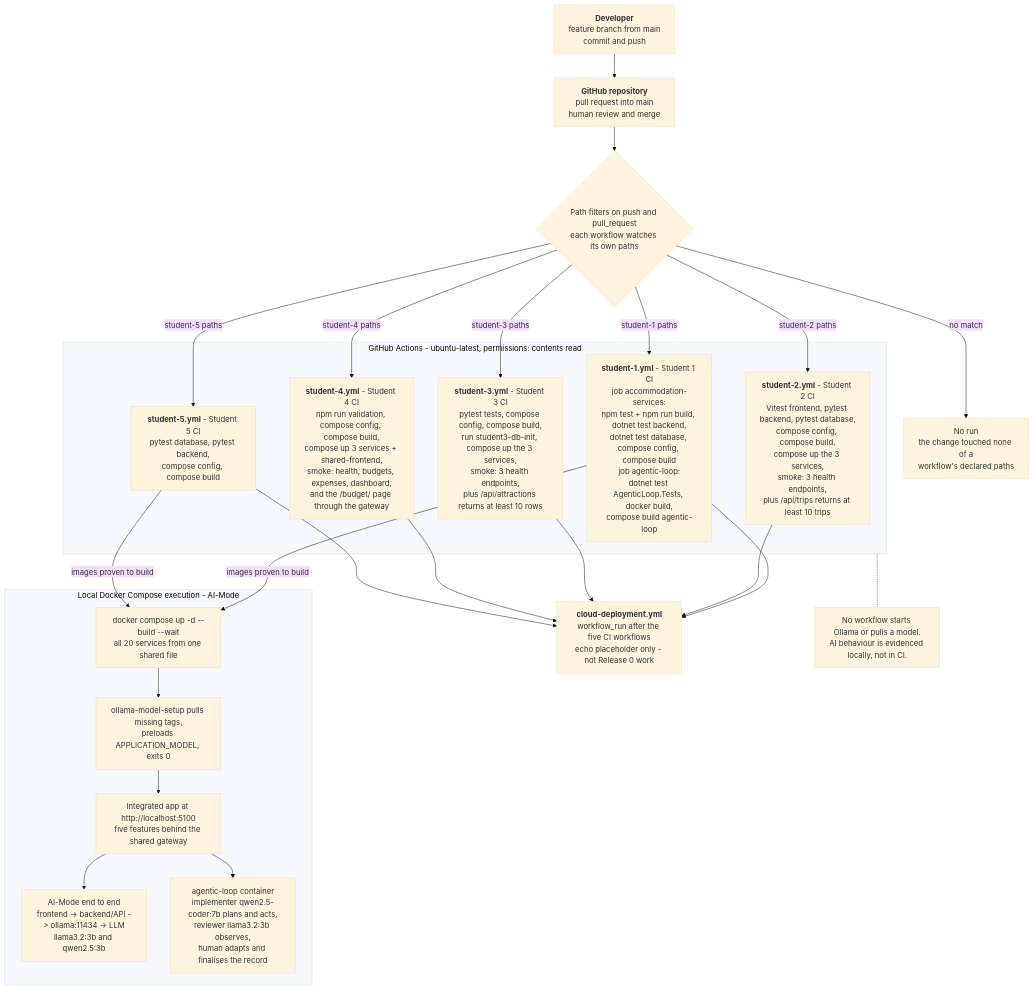
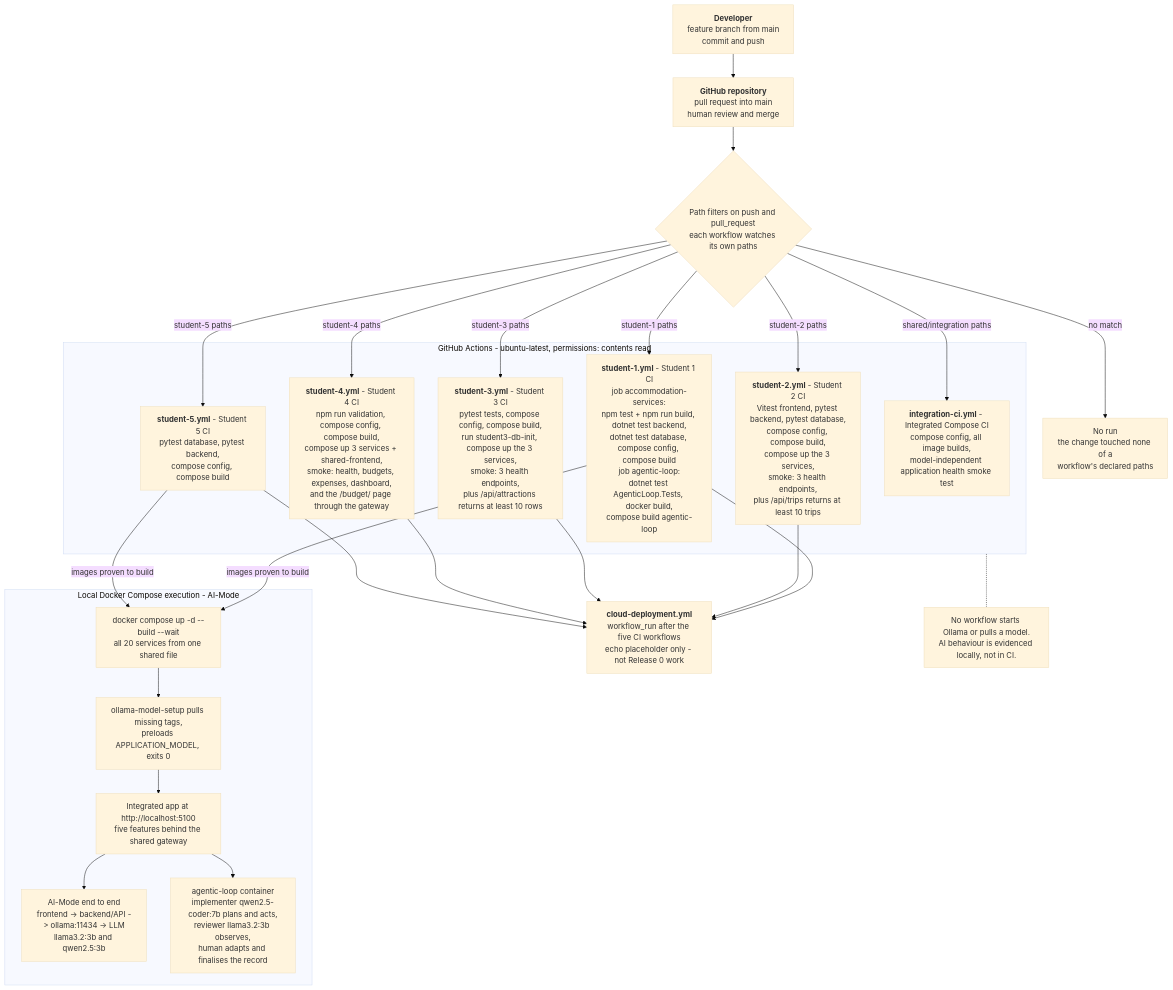
One commit to LucLeMoenic/Advanced-Software-Development-Project changed the diagram in docs/release-0/devops-pipeline.md. Above: the diagram before and after it, drawn with Mermaid (base theme). The commit also changed other lines of this file and 25 other files, not shown here.

````diff
--- a/docs/release-0/devops-pipeline.md
+++ b/docs/release-0/devops-pipeline.md
@@ -10,45 +10,47 @@
 ```mermaid
 flowchart TD
     dev["<b>Developer</b><br/>feature branch from main<br/>commit and push"]
     gh["<b>GitHub repository</b><br/>pull request into main<br/>human review and merge"]
     paths{"Path filters on push and pull_request<br/>each workflow watches its own paths"}
     skip["No run<br/>the change touched none of a<br/>workflow's declared paths"]
 
     subgraph ci["GitHub Actions - ubuntu-latest, permissions: contents read"]
         w1["<b>student-1.yml</b> - Student 1 CI<br/>job accommodation-services:<br/>npm test + npm run build, dotnet test backend,<br/>dotnet test database, compose config, compose build<br/>job agentic-loop:<br/>dotnet test AgenticLoop.Tests, docker build,<br/>compose build agentic-loop"]
         w2["<b>student-2.yml</b> - Student 2 CI<br/>Vitest frontend, pytest backend, pytest database,<br/>compose config, compose build,<br/>compose up the 3 services,<br/>smoke: 3 health endpoints,<br/>plus /api/trips returns at least 10 trips"]
         w3["<b>student-3.yml</b> - Student 3 CI<br/>pytest tests, compose config, compose build,<br/>run student3-db-init, compose up the 3 services,<br/>smoke: 3 health endpoints,<br/>plus /api/attractions returns at least 10 rows"]
         w4["<b>student-4.yml</b> - Student 4 CI<br/>npm run validation, compose config, compose build,<br/>compose up 3 services + shared-frontend,<br/>smoke: health, budgets, expenses, dashboard,<br/>and the /budget/ page through the gateway"]
         w5["<b>student-5.yml</b> - Student 5 CI<br/>pytest database, pytest backend,<br/>compose config, compose build"]
+        wi["<b>integration-ci.yml</b> - Integrated Compose CI<br/>compose config, all image builds,<br/>model-independent application health smoke test"]
     end
 
     cd["<b>cloud-deployment.yml</b><br/>workflow_run after the five CI workflows<br/>echo placeholder only - not Release 0 work"]
 
     subgraph local["Local Docker Compose execution - AI-Mode"]
         up["docker compose up -d --build --wait<br/>all 20 services from one shared file"]
         models["ollama-model-setup pulls missing tags,<br/>preloads APPLICATION_MODEL, exits 0"]
         app["Integrated app at http://localhost:5100<br/>five features behind the shared gateway"]
         aim["AI-Mode end to end<br/>frontend -> backend/API -> ollama:11434 -> LLM<br/>llama3.2:3b and qwen2.5:3b"]
         loop["agentic-loop container<br/>implementer qwen2.5-coder:7b plans and acts,<br/>reviewer llama3.2:3b observes,<br/>human adapts and finalises the record"]
         up --> models --> app --> aim
         app --> loop
     end
 
     note["No workflow starts Ollama or pulls a model.<br/>AI behaviour is evidenced locally, not in CI."]
 
     dev --> gh --> paths
     paths -->|"no match"| skip
     paths -->|"student-1 paths"| w1
     paths -->|"student-2 paths"| w2
     paths -->|"student-3 paths"| w3
     paths -->|"student-4 paths"| w4
     paths -->|"student-5 paths"| w5
+    paths -->|"shared/integration paths"| wi
     w1 --> cd
     w2 --> cd
     w3 --> cd
     w4 --> cd
     w5 --> cd
     ci -.- note
     w1 -->|"images proven to build"| up
     w5 -->|"images proven to build"| up
 ```
````
